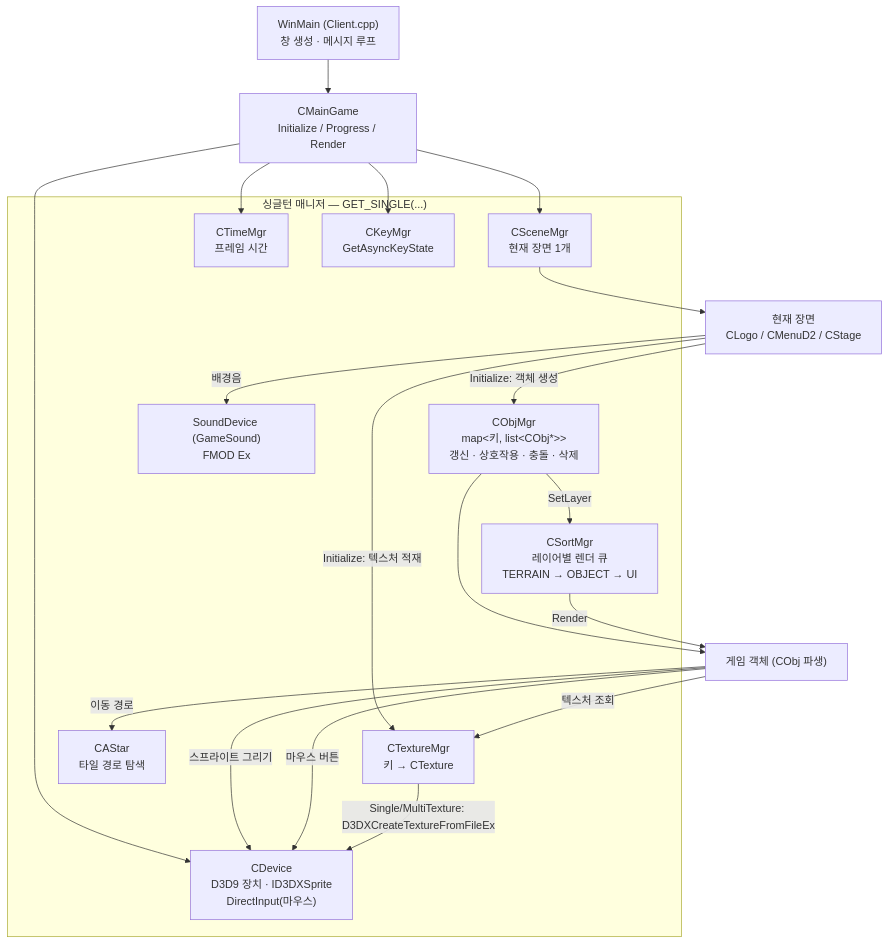
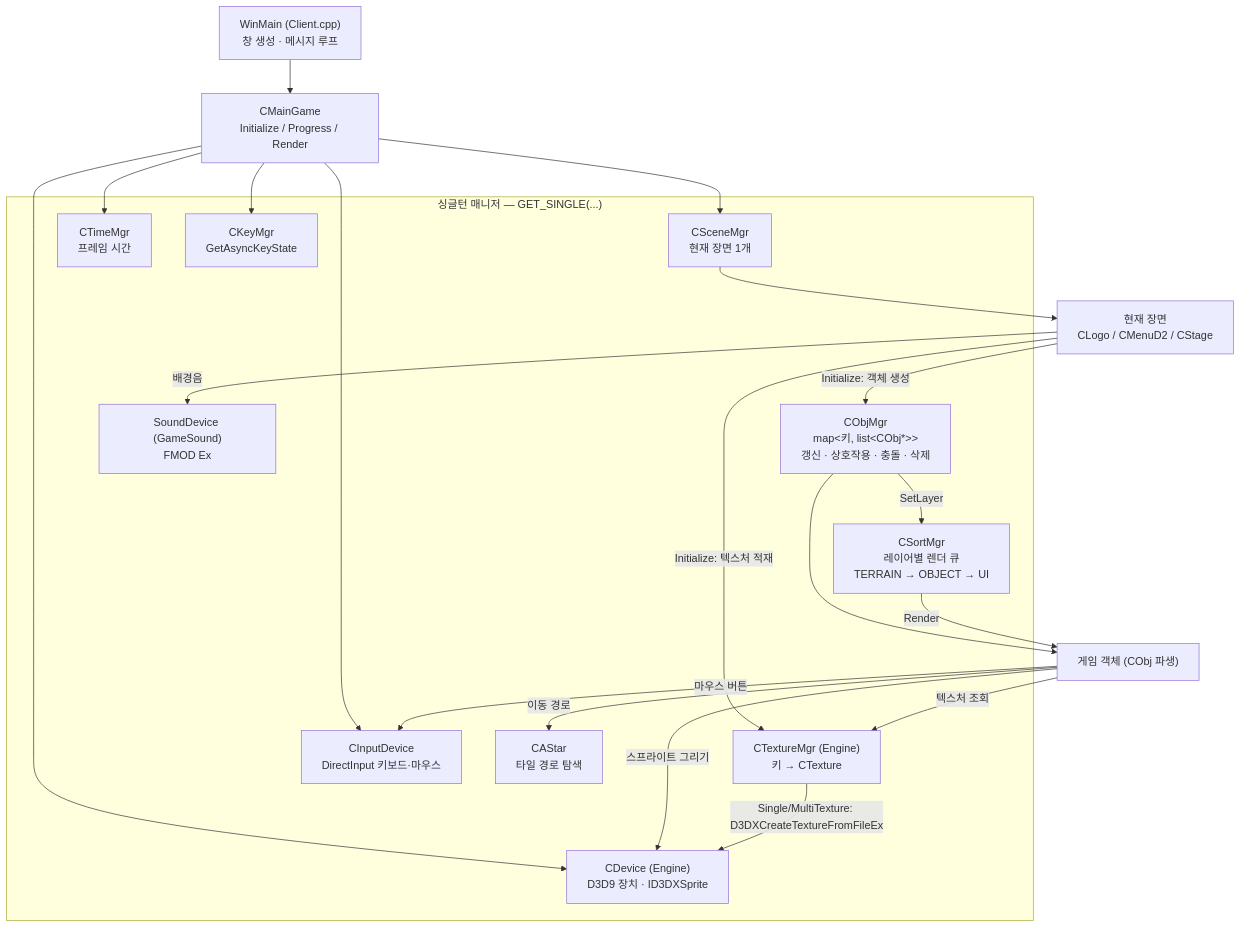
Before and after one commit to Ryujaehyeon/Portfolio: the second of 10 diagrams in docs/ARCHITECTURE.md, drawn with Mermaid. The commit also changed other lines of this file and 2 other files, not shown here.

````diff
--- a/docs/ARCHITECTURE.md
+++ b/docs/ARCHITECTURE.md
@@ -63,32 +69,33 @@
 ```mermaid
 flowchart TB
     WinMain["WinMain (Client.cpp)<br/>창 생성 · 메시지 루프"]
     MainGame["CMainGame<br/>Initialize / Progress / Render"]
     WinMain --> MainGame
 
     subgraph Managers["싱글턴 매니저 — GET_SINGLE(...)"]
         SceneMgr["CSceneMgr<br/>현재 장면 1개"]
         ObjMgr["CObjMgr<br/>map&lt;키, list&lt;CObj*&gt;&gt;<br/>갱신 · 상호작용 · 충돌 · 삭제"]
         SortMgr["CSortMgr<br/>레이어별 렌더 큐<br/>TERRAIN → OBJECT → UI"]
-        TexMgr["CTextureMgr<br/>키 → CTexture"]
-        Device["CDevice<br/>D3D9 장치 · ID3DXSprite<br/>DirectInput(마우스)"]
+        TexMgr["CTextureMgr (Engine)<br/>키 → CTexture"]
+        Device["CDevice (Engine)<br/>D3D9 장치 · ID3DXSprite"]
+        Input["CInputDevice<br/>DirectInput 키보드·마우스"]
         TimeMgr["CTimeMgr<br/>프레임 시간"]
         KeyMgr["CKeyMgr<br/>GetAsyncKeyState"]
         AStar["CAStar<br/>타일 경로 탐색"]
         Sound["SoundDevice (GameSound)<br/>FMOD Ex"]
     end
 
-    MainGame --> KeyMgr & TimeMgr & SceneMgr & Device
+    MainGame --> KeyMgr & TimeMgr & SceneMgr & Device & Input
     SceneMgr --> Scene["현재 장면<br/>CLogo / CMenuD2 / CStage"]
     Scene -->|Initialize: 텍스처 적재| TexMgr
     Scene -->|Initialize: 객체 생성| ObjMgr
     Scene -->|배경음| Sound
     ObjMgr --> Objects["게임 객체 (CObj 파생)"]
     ObjMgr -->|SetLayer| SortMgr
     SortMgr -->|Render| Objects
     Objects -->|텍스처 조회| TexMgr
     Objects -->|스프라이트 그리기| Device
-    Objects -->|마우스 버튼| Device
+    Objects -->|마우스 버튼| Input
     Objects -->|이동 경로| AStar
     TexMgr -->|"Single/MultiTexture: D3DXCreateTextureFromFileEx"| Device
 ```
````
